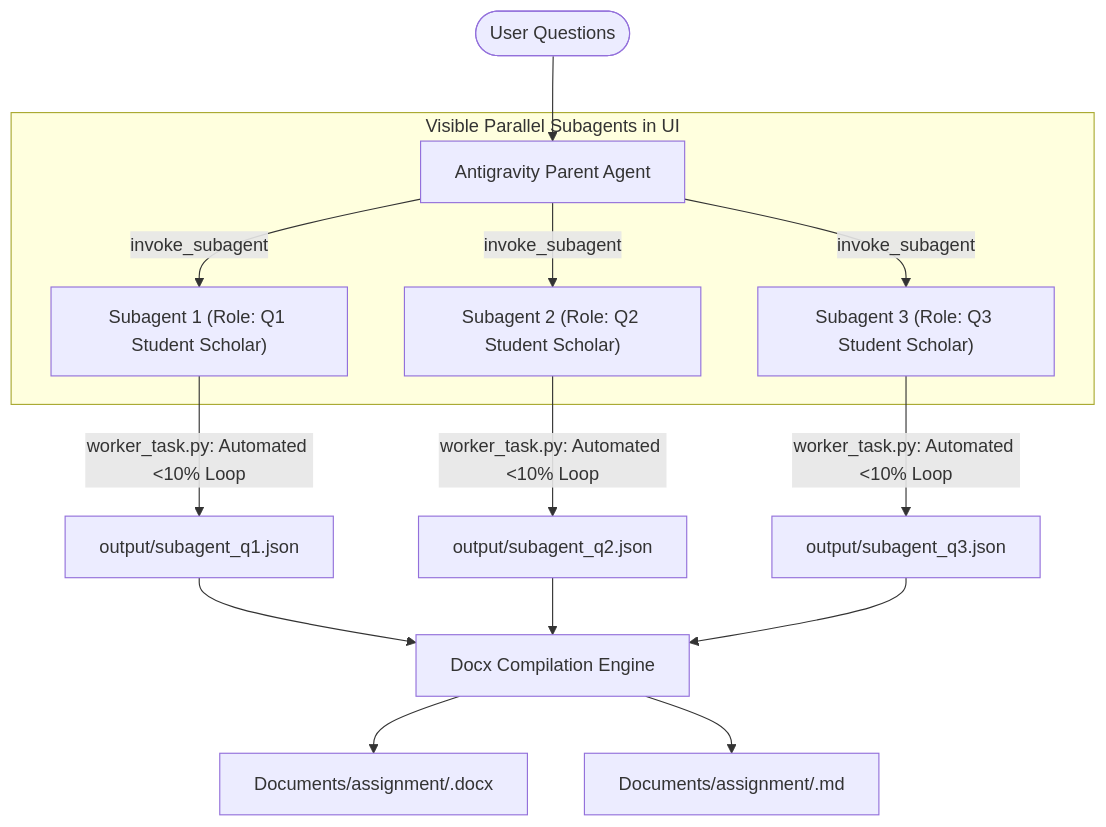
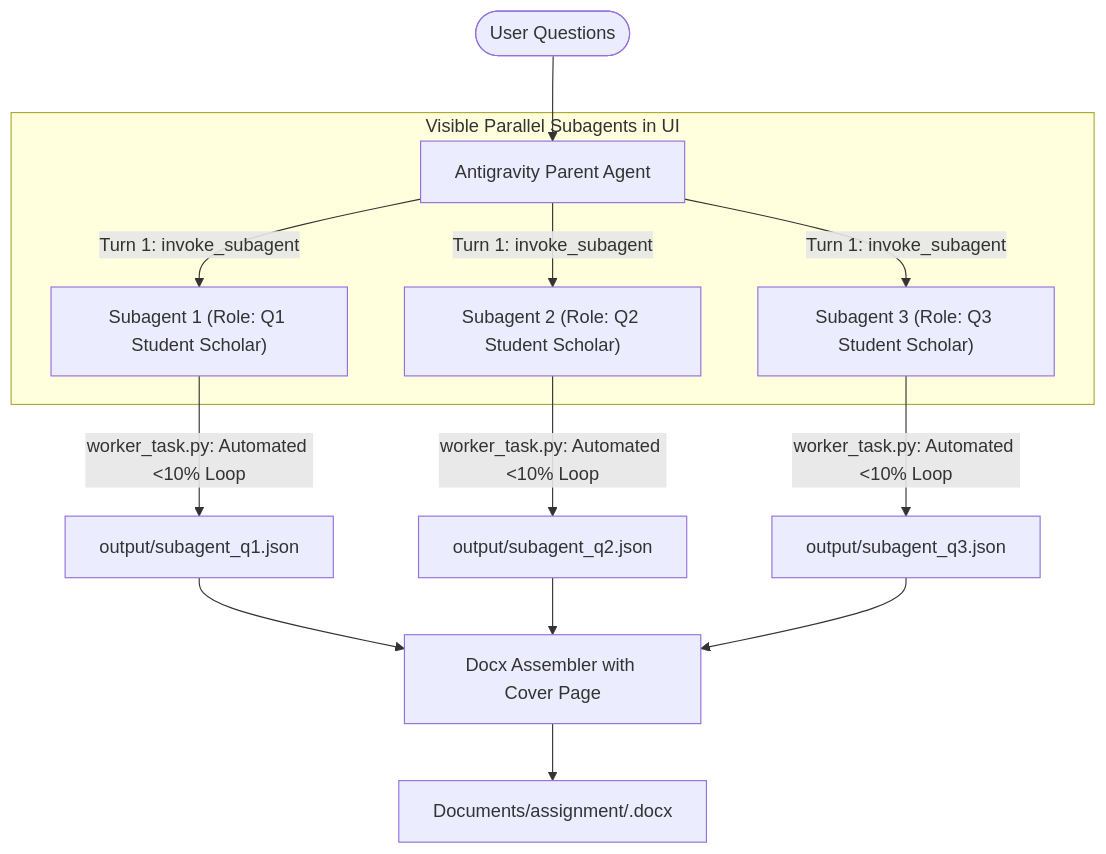
The diagram in SKILL.md (raj18-dev/qa-humanizer-v2), drawn with Mermaid before and after one commit. The commit also changed other lines of this file and 1 other file, not shown here.

Commit message:
feat: add institutional front page, question-only formatting, and eliminate audit appendix

````diff
--- a/SKILL.md
+++ b/SKILL.md
@@ -56,18 +56,17 @@
 ```mermaid
 flowchart TD
     User([User Questions]) --> Antigravity[Antigravity Parent Agent]
     
     subgraph SubagentPool ["Visible Parallel Subagents in UI"]
-        Antigravity -->|invoke_subagent| SA1["Subagent 1 (Role: Q1 Student Scholar)"]
-        Antigravity -->|invoke_subagent| SA2["Subagent 2 (Role: Q2 Student Scholar)"]
-        Antigravity -->|invoke_subagent| SA3["Subagent 3 (Role: Q3 Student Scholar)"]
+        Antigravity -->|Turn 1: invoke_subagent| SA1["Subagent 1 (Role: Q1 Student Scholar)"]
+        Antigravity -->|Turn 1: invoke_subagent| SA2["Subagent 2 (Role: Q2 Student Scholar)"]
+        Antigravity -->|Turn 1: invoke_subagent| SA3["Subagent 3 (Role: Q3 Student Scholar)"]
     end
     
     SA1 -->|worker_task.py: Automated <10% Loop| O1[output/subagent_q1.json]
     SA2 -->|worker_task.py: Automated <10% Loop| O2[output/subagent_q2.json]
     SA3 -->|worker_task.py: Automated <10% Loop| O3[output/subagent_q3.json]
     
-    O1 & O2 & O3 --> Assembler[Docx Compilation Engine]
+    O1 & O2 & O3 --> Assembler[Docx Assembler with Cover Page]
     Assembler --> Docx["Documents/assignment/<Dossier_Name>.docx"]
-    Assembler --> MD["Documents/assignment/<Dossier_Name>.md"]
 ```
````
